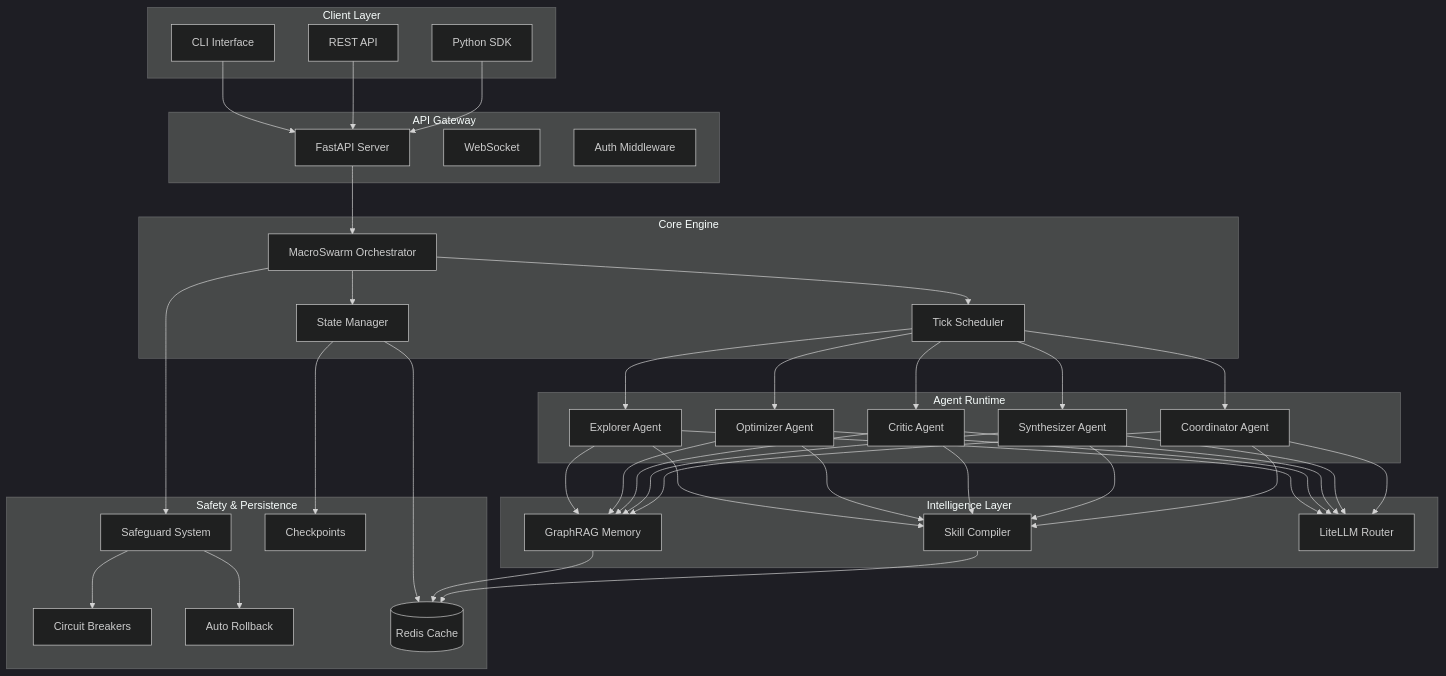
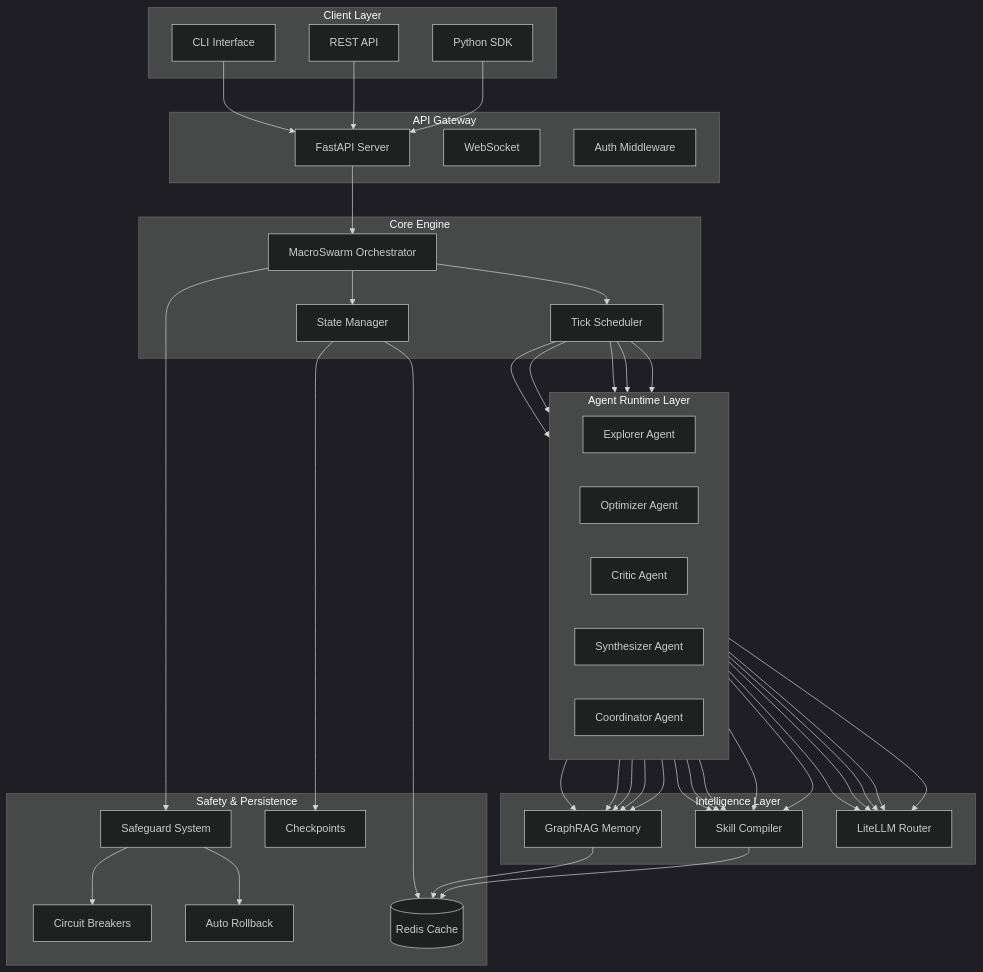
The diagram in README.md (nasirquant/fractal-neural-engine), drawn with Mermaid (dark theme) before and after one commit.

````diff
--- a/README.md
+++ b/README.md
@@ -37,76 +37,71 @@
 ```mermaid
 graph TB
     subgraph "Client Layer"
         CLI[CLI Interface]
         API[REST API]
         SDK[Python SDK]
     end
 
     subgraph "API Gateway"
         FASTAPI[FastAPI Server]
         WS[WebSocket]
         AUTH[Auth Middleware]
     end
 
     subgraph "Core Engine"
         SWARM[MacroSwarm Orchestrator]
         SCHED[Tick Scheduler]
         STATE[State Manager]
     end
 
-    subgraph "Agent Runtime"
+    subgraph "Agent Runtime Layer"
+        direction LR
         AGENT1[Explorer Agent]
         AGENT2[Optimizer Agent]
         AGENT3[Critic Agent]
         AGENT4[Synthesizer Agent]
         AGENT5[Coordinator Agent]
     end
 
     subgraph "Intelligence Layer"
         GRAPH[GraphRAG Memory]
         SKILL[Skill Compiler]
         LLM[LiteLLM Router]
     end
 
     subgraph "Safety & Persistence"
         SAFE[Safeguard System]
         CIRCUIT[Circuit Breakers]
         ROLLBACK[Auto Rollback]
         REDIS[(Redis Cache)]
         CHECKPOINT[Checkpoints]
     end
 
+    %% Client to Gateway
     CLI --> FASTAPI
     API --> FASTAPI
     SDK --> FASTAPI
+
+    %% Gateway to Core
     FASTAPI --> SWARM
     SWARM --> SCHED
     SWARM --> STATE
-    SCHED --> AGENT1
-    SCHED --> AGENT2
-    SCHED --> AGENT3
-    SCHED --> AGENT4
-    SCHED --> AGENT5
-    AGENT1 --> GRAPH
-    AGENT2 --> GRAPH
-    AGENT3 --> GRAPH
-    AGENT4 --> GRAPH
-    AGENT5 --> GRAPH
-    AGENT1 --> SKILL
-    AGENT2 --> SKILL
-    AGENT3 --> SKILL
-    AGENT4 --> SKILL
-    AGENT5 --> SKILL
-    AGENT1 --> LLM
-    AGENT2 --> LLM
-    AGENT3 --> LLM
-    AGENT4 --> LLM
-    AGENT5 --> LLM
+
+    %% Core to Agents
+    SCHED --> AGENT1 & AGENT2 & AGENT3 & AGENT4 & AGENT5
+
+    %% Agents to Intelligence (Using shorthand grouping syntax)
+    AGENT1 & AGENT2 & AGENT3 & AGENT4 & AGENT5 --> GRAPH
+    AGENT1 & AGENT2 & AGENT3 & AGENT4 & AGENT5 --> SKILL
+    AGENT1 & AGENT2 & AGENT3 & AGENT4 & AGENT5 --> LLM
+
+    %% Core to Safety & Storage
     SWARM --> SAFE
     SAFE --> CIRCUIT
     SAFE --> ROLLBACK
     STATE --> REDIS
     STATE --> CHECKPOINT
     GRAPH --> REDIS
     SKILL --> REDIS
+
 ```
````
